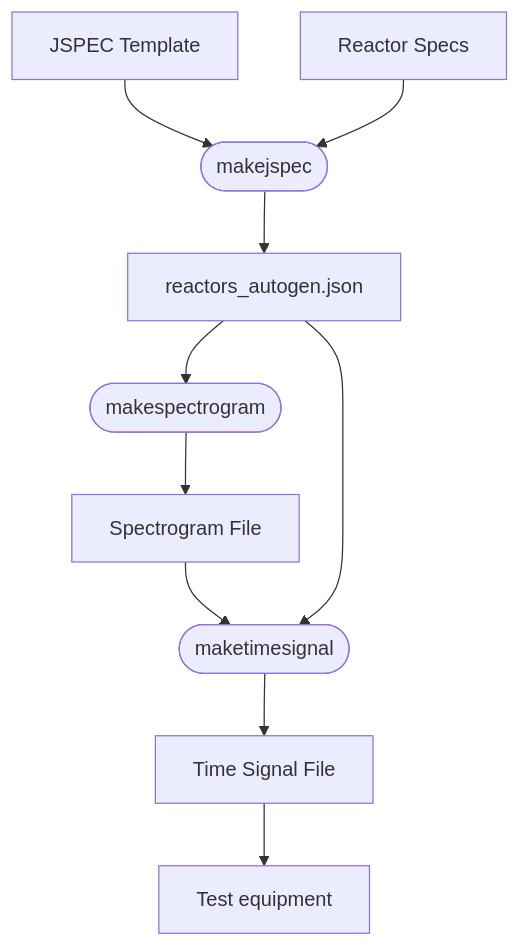
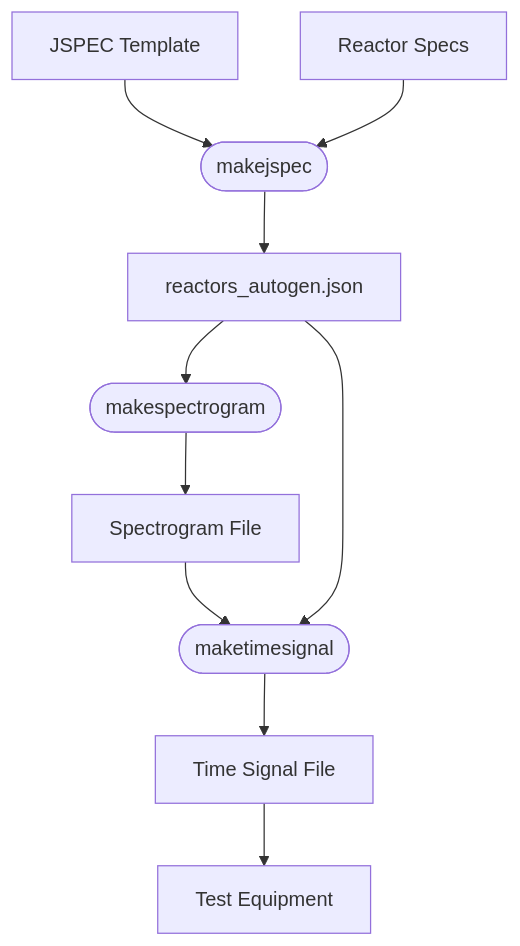
One commit to rcandell/p3388_general_rfi_tv changed the diagram in README.md. Above: the diagram before and after it, drawn with Mermaid. The commit also changed other lines of this file, not shown here.

````diff
--- a/README.md
+++ b/README.md
@@ -9,12 +22,12 @@
 ```mermaid
 graph TD;
     JSTEMP[JSPEC Template] --> MKJSPEC([makejspec]);
     REACSPEC[Reactor Specs] --> MKJSPEC;
-    MKJSPEC --> JSPECFILE[reactors_autogen.json]
-    JSPECFILE --> MKSPGM([makespectrogram])
-    MKSPGM --> SPGMFILE[Spectrogram File]
-    SPGMFILE --> MKTS([maketimesignal])
-    JSPECFILE --> MKTS
-    MKTS --> TSFILE[Time Signal File]
-    TSFILE --> TESTEQ[Test equipment]
+    MKJSPEC --> JSPECFILE[reactors_autogen.json];
+    JSPECFILE --> MKSPGM([makespectrogram]);
+    MKSPGM --> SPGMFILE[Spectrogram File];
+    SPGMFILE --> MKTS([maketimesignal]);
+    JSPECFILE --> MKTS;
+    MKTS --> TSFILE[Time Signal File];
+    TSFILE --> TESTEQ[Test Equipment];
 ```
````
